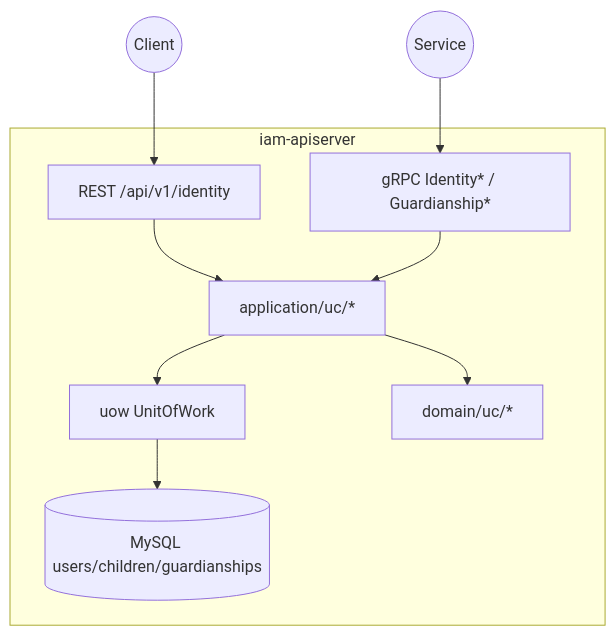
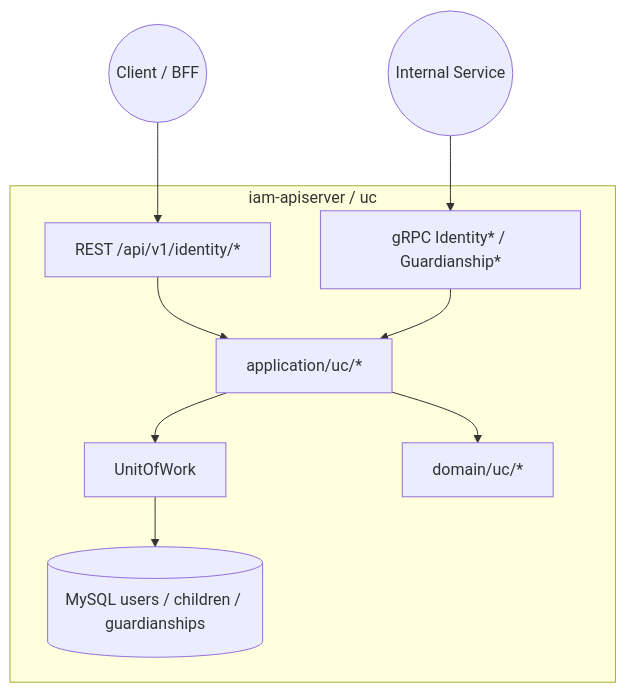
Before and after one commit to FangcunMount/iam-contracts: the first of 5 diagrams in docs/02-业务域/03-user-用户、儿童、Guardianship.md, drawn with Mermaid. The commit also changed other lines of this file and 24 other files, not shown here.

````diff
--- a/docs/02-业务域/03-user-用户、儿童、Guardianship.md
+++ b/docs/02-业务域/03-user-用户、儿童、Guardianship.md
@@ -41,18 +51,18 @@
 ```mermaid
 flowchart TB
-  subgraph iam["iam-apiserver"]
-    REST["REST /api/v1/identity"]
+  subgraph iam["iam-apiserver / uc"]
+    REST["REST /api/v1/identity/*"]
     GRPC["gRPC Identity* / Guardianship*"]
     APP["application/uc/*"]
-    UoW["uow UnitOfWork"]
+    UoW["UnitOfWork"]
     DOM["domain/uc/*"]
-    DB[("MySQL users/children/guardianships")]
+    DB[("MySQL users / children / guardianships")]
   end
-  C((Client)) --> REST
-  S((Service)) --> GRPC
+  C((Client / BFF)) --> REST
+  S((Internal Service)) --> GRPC
   REST --> APP
   GRPC --> APP
   APP --> UoW
   APP --> DOM
   UoW --> DB
 ```
````
